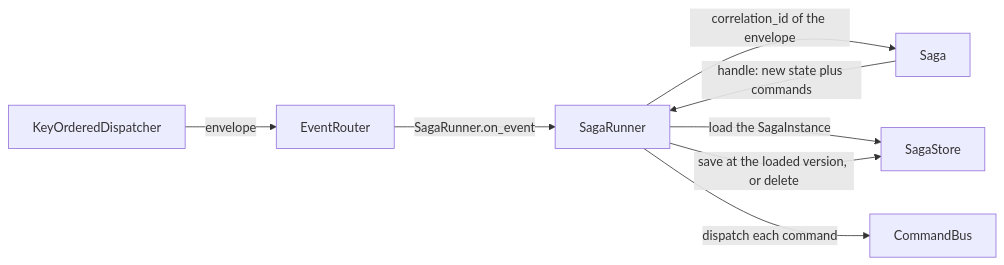
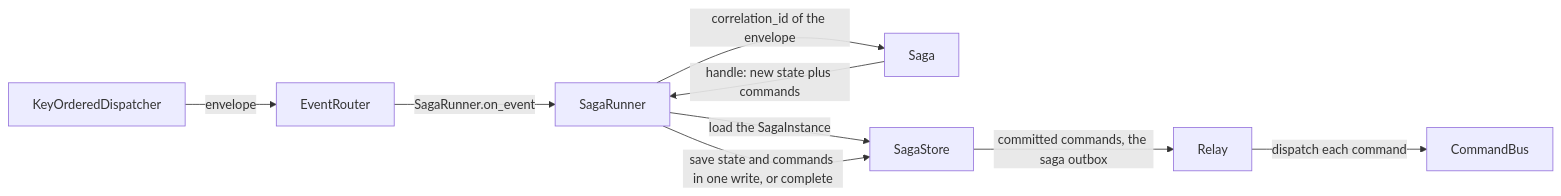
The first of 3 diagrams in docs/sdk/sagas.md (haskian/edax), drawn with Mermaid before and after one commit. The commit also changed other lines of this file and 234 other files, not shown here.

````diff
--- a/docs/sdk/sagas.md
+++ b/docs/sdk/sagas.md
@@ -11,10 +11,11 @@
 ```mermaid
 flowchart LR
     D[KeyOrderedDispatcher] -->|envelope| R[EventRouter]
     R -->|"SagaRunner.on_event"| RU[SagaRunner]
     RU -->|"correlation_id of the envelope"| S[Saga]
     RU -->|"load the SagaInstance"| ST[SagaStore]
     S -->|"handle: new state plus commands"| RU
-    RU -->|"dispatch each command"| CB[CommandBus]
-    RU -->|"save at the loaded version, or delete"| ST
+    RU -->|"save state and commands in one write, or complete"| ST
+    ST -->|"committed commands, the saga outbox"| RL[Relay]
+    RL -->|"dispatch each command"| CB[CommandBus]
 ```
````
